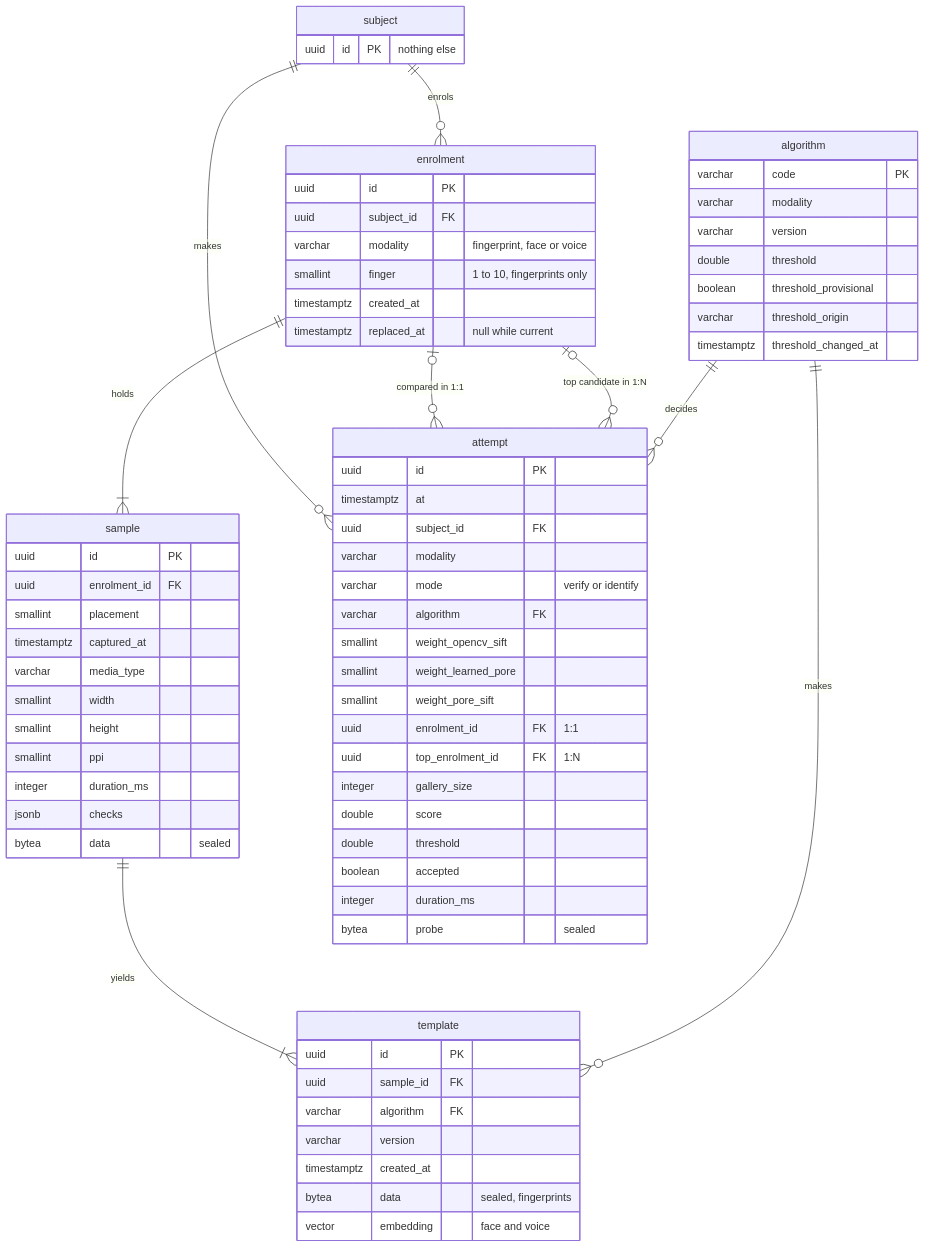
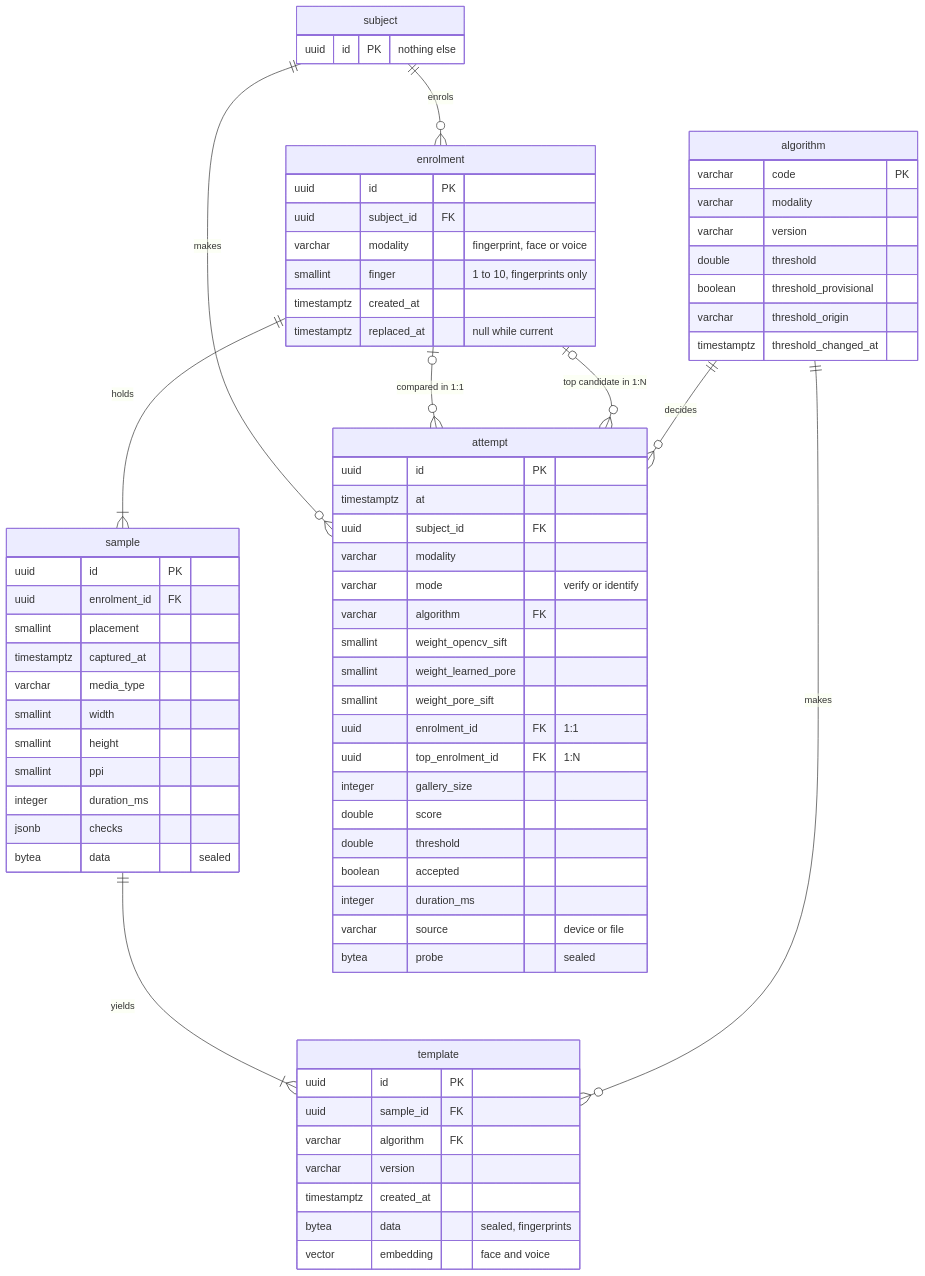
The second of 2 diagrams in docs/data-model.md (Mish2000/multimodal-biometric-system), drawn with Mermaid before and after one commit. The commit also changed other lines of this file and 4 other files, not shown here.

````diff
--- a/docs/data-model.md
+++ b/docs/data-model.md
@@ -126,72 +126,73 @@
 ```mermaid
 erDiagram
     subject ||--o{ enrolment : "enrols"
     enrolment ||--|{ sample : "holds"
     sample ||--|{ template : "yields"
     algorithm ||--o{ template : "makes"
     subject ||--o{ attempt : "makes"
     enrolment |o--o{ attempt : "compared in 1:1"
     enrolment |o--o{ attempt : "top candidate in 1:N"
     algorithm ||--o{ attempt : "decides"
     subject {
         uuid id PK "nothing else"
     }
     enrolment {
         uuid id PK
         uuid subject_id FK
         varchar modality "fingerprint, face or voice"
         smallint finger "1 to 10, fingerprints only"
         timestamptz created_at
         timestamptz replaced_at "null while current"
     }
     sample {
         uuid id PK
         uuid enrolment_id FK
         smallint placement
         timestamptz captured_at
         varchar media_type
         smallint width
         smallint height
         smallint ppi
         integer duration_ms
         jsonb checks
         bytea data "sealed"
     }
     template {
         uuid id PK
         uuid sample_id FK
         varchar algorithm FK
         varchar version
         timestamptz created_at
         bytea data "sealed, fingerprints"
         vector embedding "face and voice"
     }
     algorithm {
         varchar code PK
         varchar modality
         varchar version
         double threshold
         boolean threshold_provisional
         varchar threshold_origin
         timestamptz threshold_changed_at
     }
     attempt {
         uuid id PK
         timestamptz at
         uuid subject_id FK
         varchar modality
         varchar mode "verify or identify"
         varchar algorithm FK
         smallint weight_opencv_sift
         smallint weight_learned_pore
         smallint weight_pore_sift
         uuid enrolment_id FK "1:1"
         uuid top_enrolment_id FK "1:N"
         integer gallery_size
         double score
         double threshold
         boolean accepted
         integer duration_ms
+        varchar source "device or file"
         bytea probe "sealed"
     }
 ```
````
